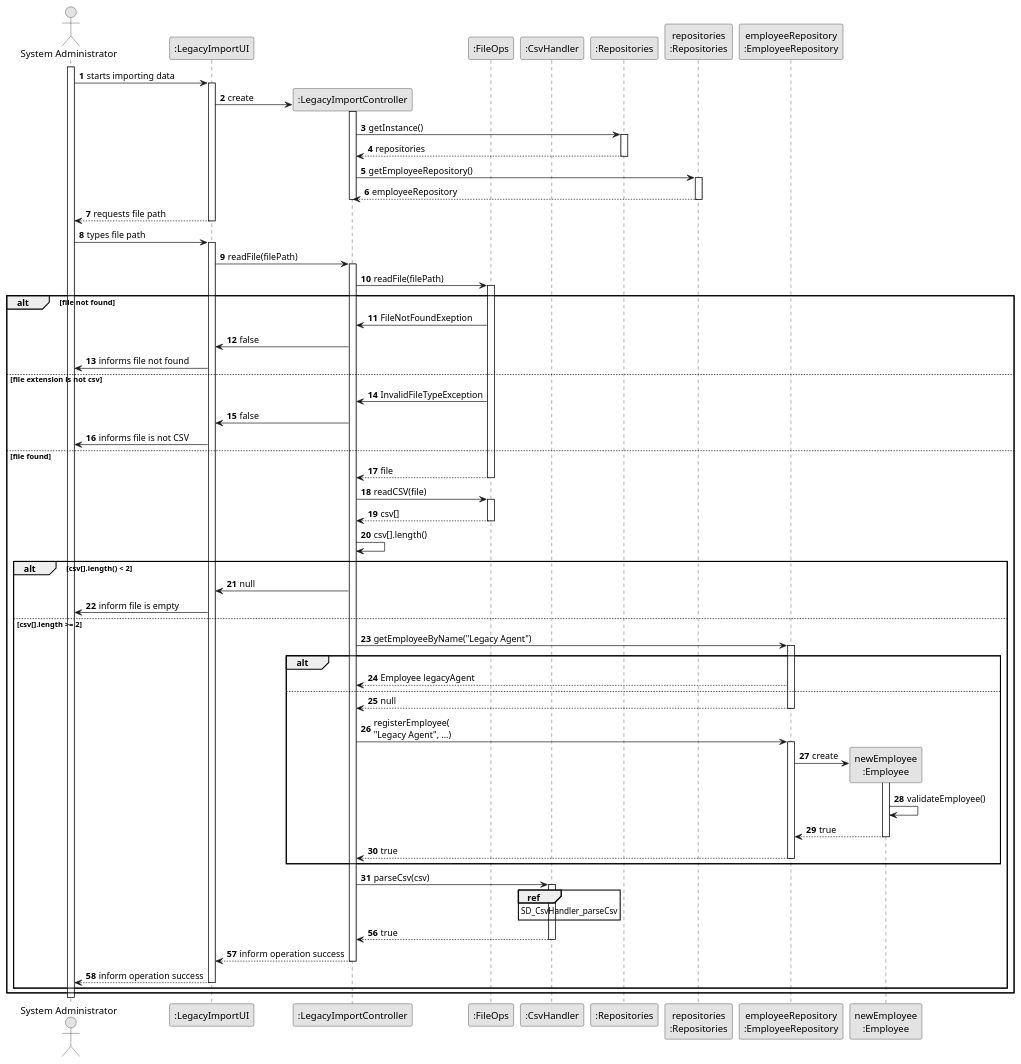
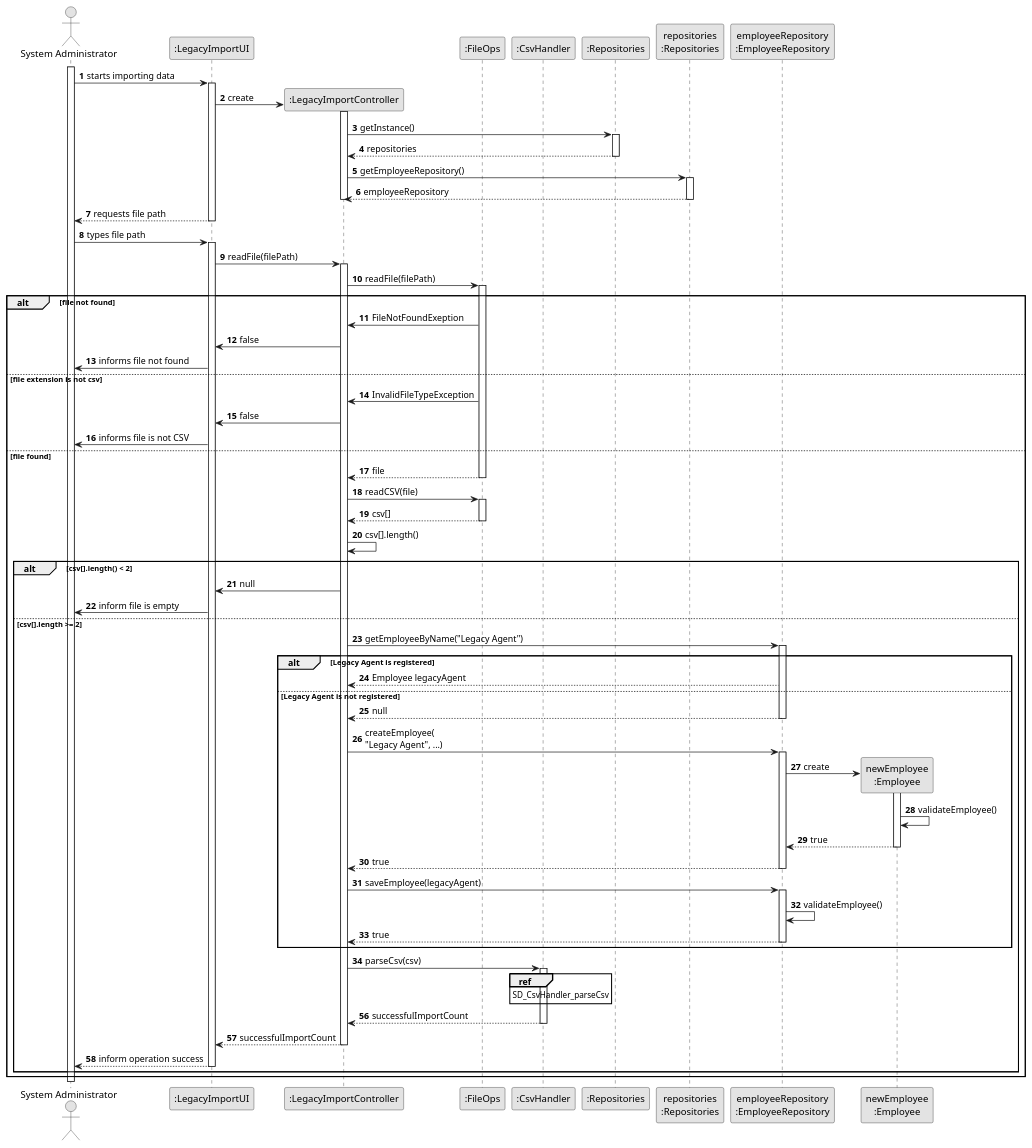
The diagram in docs/sprintD/US012/03.design/puml/us012-sequence-diagram.puml (tiagohcorreia/LAPR2), drawn with PlantUML before and after one commit.

Commit message:
US12 - Design: updated the SD

```diff
--- a/docs/sprintD/US012/03.design/puml/us012-sequence-diagram.puml
+++ b/docs/sprintD/US012/03.design/puml/us012-sequence-diagram.puml
@@ -1,121 +1,126 @@
 @startuml
 'https://plantuml.com/sequence-diagram
 
 skinparam monochrome true
 skinparam shadowing false
 autonumber
 
 actor "System Administrator" as sa
 participant ":LegacyImportUI" as ui
 participant ":LegacyImportController" as ctrl
 participant ":FileOps" as fo
 participant ":CsvHandler" as ch
 
 participant ":Repositories" as repos
 participant "repositories\n:Repositories" as repositories
 'participant "announcementRepository\n:AnnouncementRepository" as AnnR
 participant "employeeRepository\n:EmployeeRepository" as EmpR
 'participant "clientRepository\n:ClientRepository" as CliR
 'participant "branchRepository\n:BranchRepository" as BraR
 participant "newEmployee\n:Employee" as Emp
 'participant ":Announcement" as Ann
 'participant ":Property" as Pro
 
 activate sa
 sa -> ui: starts importing data
 activate ui
 ui -> ctrl**: create
 activate ctrl
 ctrl -> repos: getInstance()
 activate repos
 return repositories
 
 'ctrl -> repositories: getBranchRepository()
 'activate repositories
 'return branchRepository
 
 'ctrl -> repositories: getAnnouncementRepository()
 'activate repositories
 'return announcementRepository
 
 ctrl -> repositories: getEmployeeRepository()
 activate repositories
 return employeeRepository
 
 
 ''ctrl -> repositories: getClientRepository()
 'activate repositories
 'return clientRepository
 deactivate ctrl
 
 return requests file path
 
 sa -> ui: types file path
 activate ui
 
 ui -> ctrl: readFile(filePath)
 activate ctrl
 'ctrl -> fh**: create
 ctrl -> fo: readFile(filePath)
 activate fo
 alt file not found
 fo -> ctrl: FileNotFoundExeption
 ctrl -> ui: false
 ui -> sa: informs file not found
 else file extension is not csv
 fo -> ctrl: InvalidFileTypeException
 ctrl -> ui: false
 ui -> sa: informs file is not CSV
 else file found
     return file
 ctrl -> fo: readCSV(file)
 activate fo
 return csv[]
 
 ctrl -> ctrl: csv[].length()
 'activate ctrl
 alt csv[].length() < 2
 ctrl -> ui: null
 ui -> sa: inform file is empty
 else csv[].length >= 2
 
 ctrl -> EmpR: getEmployeeByName("Legacy Agent")
 activate EmpR
-alt
+alt Legacy Agent is registered
     EmpR --> ctrl: Employee legacyAgent
-else
+else Legacy Agent is not registered
     return null
-    ctrl -> EmpR: registerEmployee(\n"Legacy Agent", ...)
+    ctrl -> EmpR: createEmployee(\n"Legacy Agent", ...)
     activate EmpR
     EmpR -> Emp**: create
     activate Emp
     Emp -> Emp: validateEmployee()
     return true
     return true
+    ctrl -> EmpR: saveEmployee(legacyAgent)
+    activate EmpR
+    EmpR -> EmpR: validateEmployee()
+    return true
+
 end
 
 
 ctrl -> ch: parseCsv(csv)
 activate ch
 ref over ch: SD_CsvHandler_parseCsv
 autonumber 56
-return true
-return inform operation success
+return successfulImportCount
+return successfulImportCount
 return inform operation success
 end
 end
 
 
 
 'alt
 '    ui --> sa: informs operation success
 'else
 '    ui --> sa: inform no CSV file found
 'else
 '    return inform file is empty
 '
 'end
 
 deactivate sa
 
 @enduml
```
